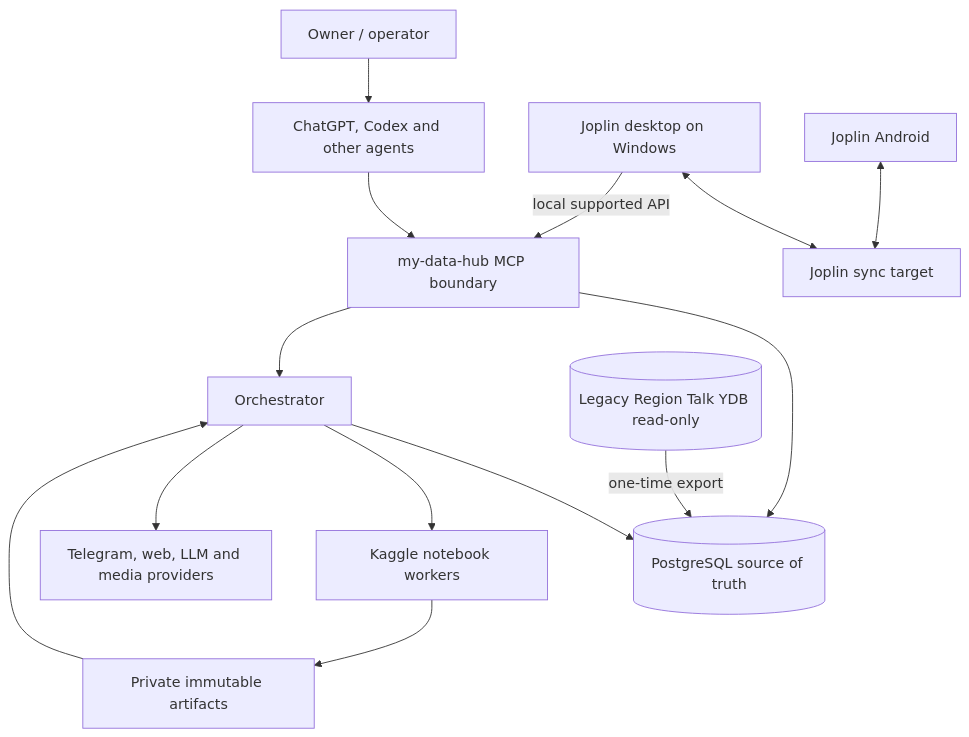
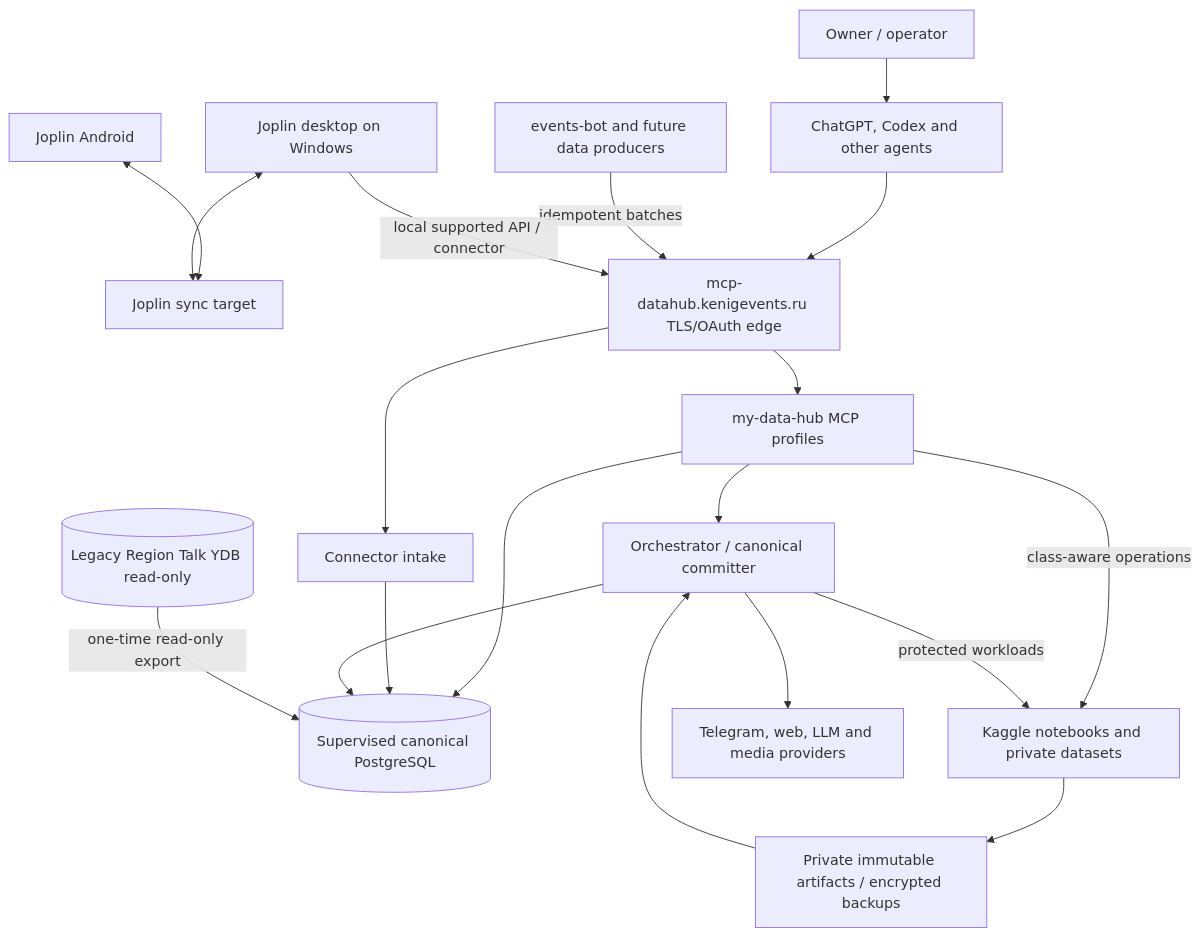
The diagram in docs/architecture/system-context.md (onedayonemasterpiece/my-data-hub), drawn with Mermaid before and after one commit. The commit also changed other lines of this file and 47 other files, not shown here.

````diff
--- a/docs/architecture/system-context.md
+++ b/docs/architecture/system-context.md
@@ -3,29 +3,37 @@
 ```mermaid
 flowchart TB
     Owner[Owner / operator]
     Agent[ChatGPT, Codex and other agents]
+    Producers[events-bot and future data producers]
     JDesktop[Joplin desktop on Windows]
     JMobile[Joplin Android]
     SyncTarget[Joplin sync target]
-    MCP[my-data-hub MCP boundary]
-    Orch[Orchestrator]
-    PG[(PostgreSQL source of truth)]
-    Kaggle[Kaggle notebook workers]
-    Artifacts[Private immutable artifacts]
+    Edge[mcp-datahub.kenigevents.ru TLS/OAuth edge]
+    MCP[my-data-hub MCP profiles]
+    Intake[Connector intake]
+    Orch[Orchestrator / canonical committer]
+    PG[(Supervised canonical PostgreSQL)]
+    Kaggle[Kaggle notebooks and private datasets]
+    Artifacts[Private immutable artifacts / encrypted backups]
     External[Telegram, web, LLM and media providers]
     YDB[(Legacy Region Talk YDB read-only)]
 
     Owner --> Agent
-    Agent --> MCP
+    Agent --> Edge
+    Edge --> MCP
+    Producers -->|idempotent batches| Edge
+    Edge --> Intake
     MCP --> PG
     MCP --> Orch
+    MCP -->|class-aware operations| Kaggle
+    Intake --> PG
     Orch --> PG
-    Orch --> Kaggle
+    Orch -->|protected workloads| Kaggle
     Kaggle --> Artifacts
     Artifacts --> Orch
     Orch --> External
     JMobile <--> SyncTarget
     JDesktop <--> SyncTarget
-    JDesktop -->|local supported API| MCP
-    YDB -->|one-time export| PG
+    JDesktop -->|local supported API / connector| Edge
+    YDB -->|one-time read-only export| PG
 ```
````
